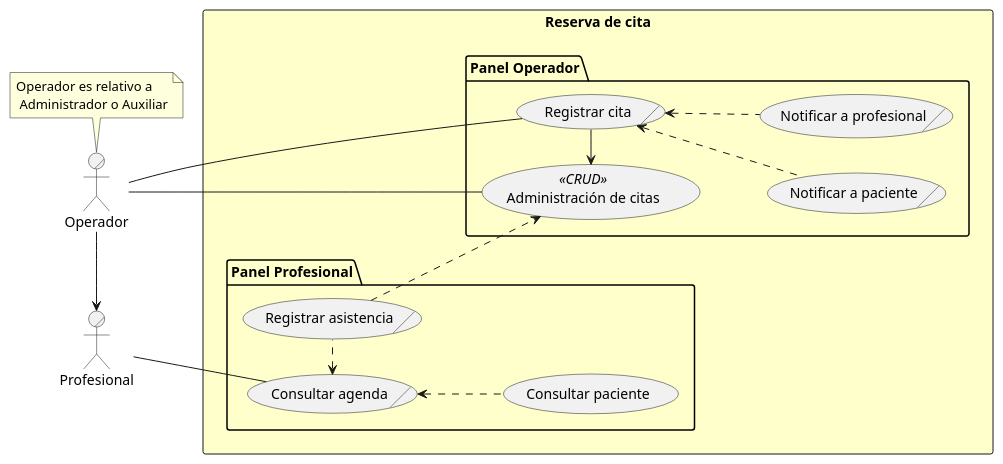
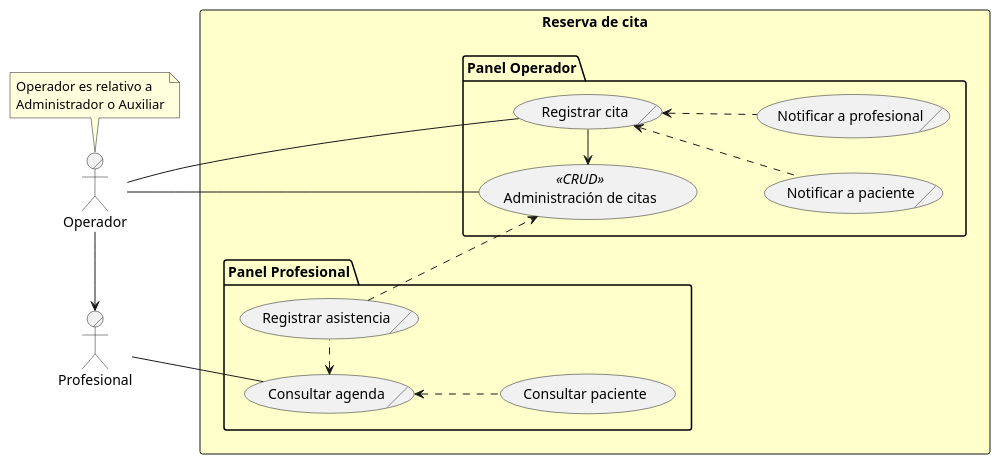
The diagram in ROOT/modules/proyecto/puml/citas-business-usecase.puml (capsi-ucp/capsi-ucp.github.io), drawn with PlantUML before and after one commit.

Commit message:
Caso de uso de lógica de negocio para la reserva de citas

```diff
--- a/ROOT/modules/proyecto/puml/citas-business-usecase.puml
+++ b/ROOT/modules/proyecto/puml/citas-business-usecase.puml
@@ -1,30 +1,33 @@
 @startuml
 left to right direction
 actor/ Operador
 actor/ Profesional
-note "Operador es relativo a \n Administrador o Auxiliar" as Nota
+note as Nota
+  Operador es relativo a
+  Administrador o Auxiliar
+end note
 rectangle "Reserva de cita" #BUSINESS {
   package "Panel Operador" {
     usecase "Administración de citas" as AdminCitas << CRUD >>
     usecase/ "Registrar cita" as Citar
     usecase/ "Notificar a paciente" as NotificarPaciente
     usecase/ "Notificar a profesional" as NotificarProfesional
   }
   package "Panel Profesional" {
     usecase/ "Consultar agenda" as Agenda
     usecase "Consultar paciente" as ConsultarPaciente
     usecase/ "Registrar asistencia" as Asistencia
   }
 }
 Operador -- AdminCitas
 Operador -- Citar
 Profesional -- Agenda
 Nota -> Operador
 Operador -> Profesional
 Citar -> AdminCitas
 Citar <.. NotificarPaciente
 Citar <.. NotificarProfesional
 Agenda <.. ConsultarPaciente
 Agenda <. Asistencia
 Asistencia -.> AdminCitas
 @enduml
```
